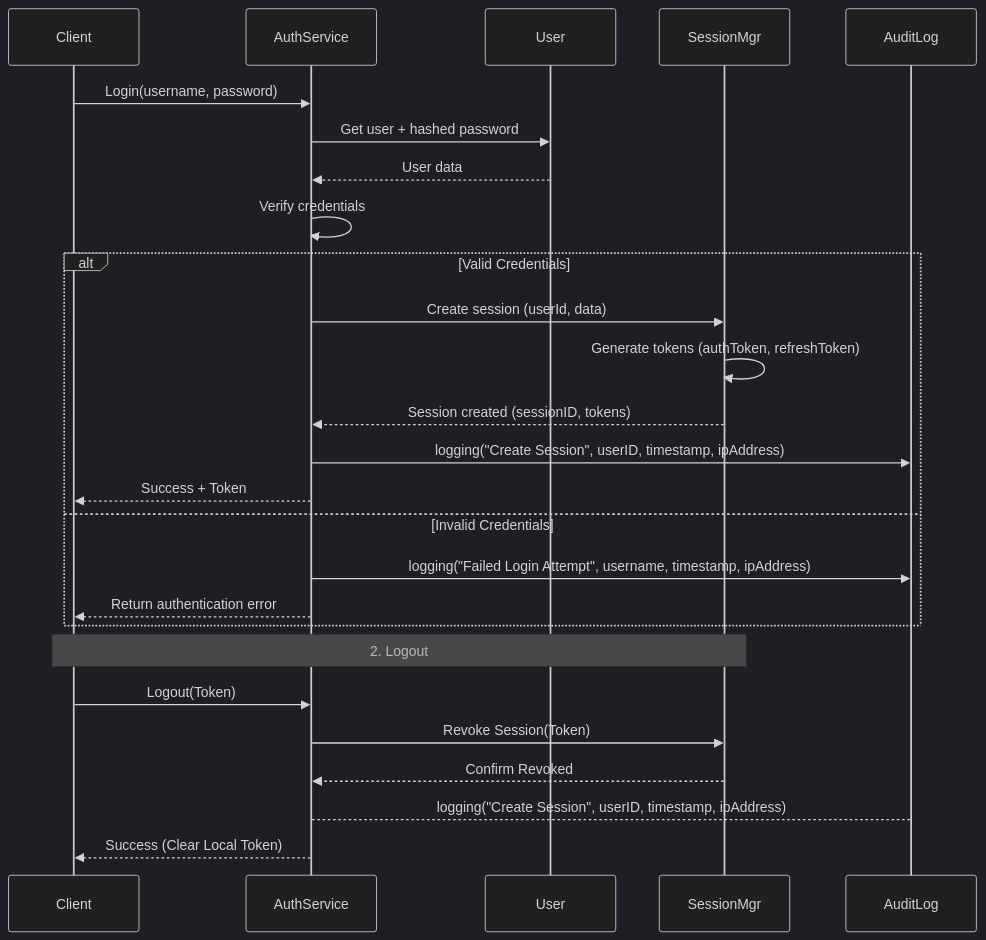
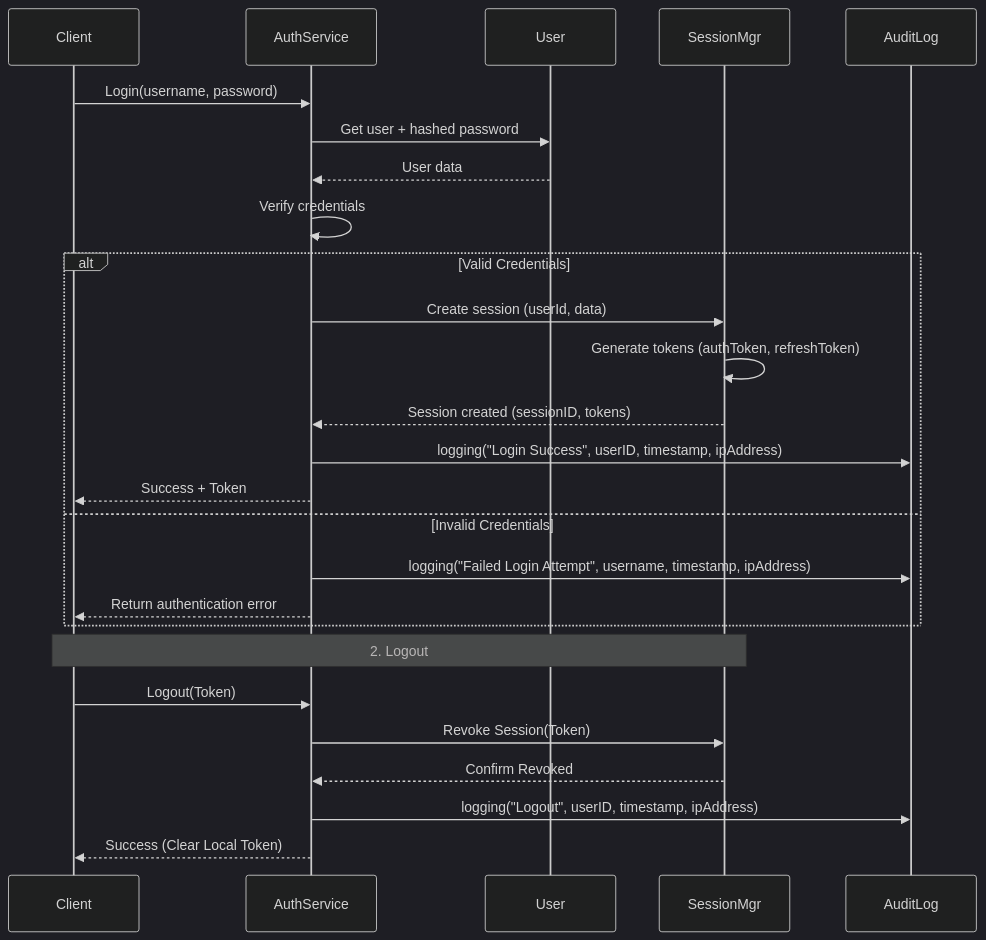
The diagram in sequences/user-access-and-security/authentication/login-and-logout.se.md (FhuAnn/-bbv-AN-s-DBMS), drawn with Mermaid (dark theme) before and after one commit. The commit also changed 88 other files, not shown here.

Commit message:
add first class diagrams version,sequence diagram for some user story,  implement class code

````diff
--- a/sequences/user-access-and-security/authentication/login-and-logout.se.md
+++ b/sequences/user-access-and-security/authentication/login-and-logout.se.md
@@ -1,30 +1,30 @@
 ```mermaid
 sequenceDiagram
     participant Client
     participant AuthService
     participant User
     participant SessionMgr
     participant AuditLog
 
     Client->>AuthService: Login(username, password)
     AuthService->>User: Get user + hashed password
     User-->>AuthService: User data
     AuthService->>AuthService: Verify credentials
-     alt Valid Credentials
+    alt Valid Credentials
     AuthService->>SessionMgr: Create session (userId, data)
      SessionMgr ->> SessionMgr: Generate tokens (authToken, refreshToken)
         SessionMgr -->> AuthService: Session created (sessionID, tokens)
-    AuthService ->> AuditLog: logging("Create Session", userID, timestamp, ipAddress)
+    AuthService ->> AuditLog: logging("Login Success", userID, timestamp, ipAddress)
 
     AuthService-->>Client: Success + Token
- else Invalid Credentials
+    else Invalid Credentials
         AuthService ->> AuditLog: logging("Failed Login Attempt", username, timestamp, ipAddress)
         AuthService -->> Client: Return authentication error
     end
     Note over Client, SessionMgr: 2. Logout
     Client->>AuthService: Logout(Token)
     AuthService->>SessionMgr: Revoke Session(Token)
     SessionMgr-->>AuthService: Confirm Revoked
-    AuthService-->AuditLog: logging("Create Session", userID, timestamp, ipAddress)
+    AuthService->>AuditLog: logging("Logout", userID, timestamp, ipAddress)
     AuthService-->>Client: Success (Clear Local Token)
 ```
````
